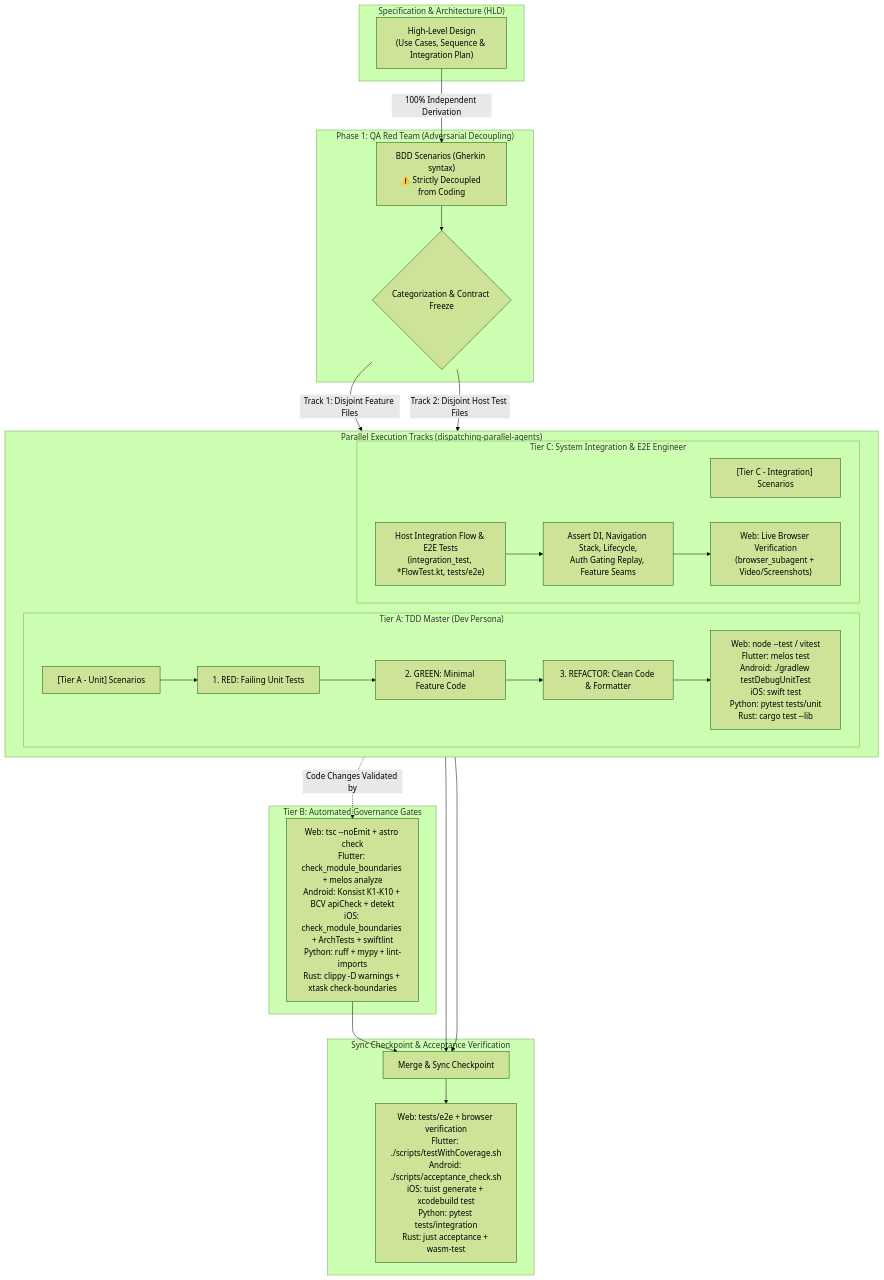
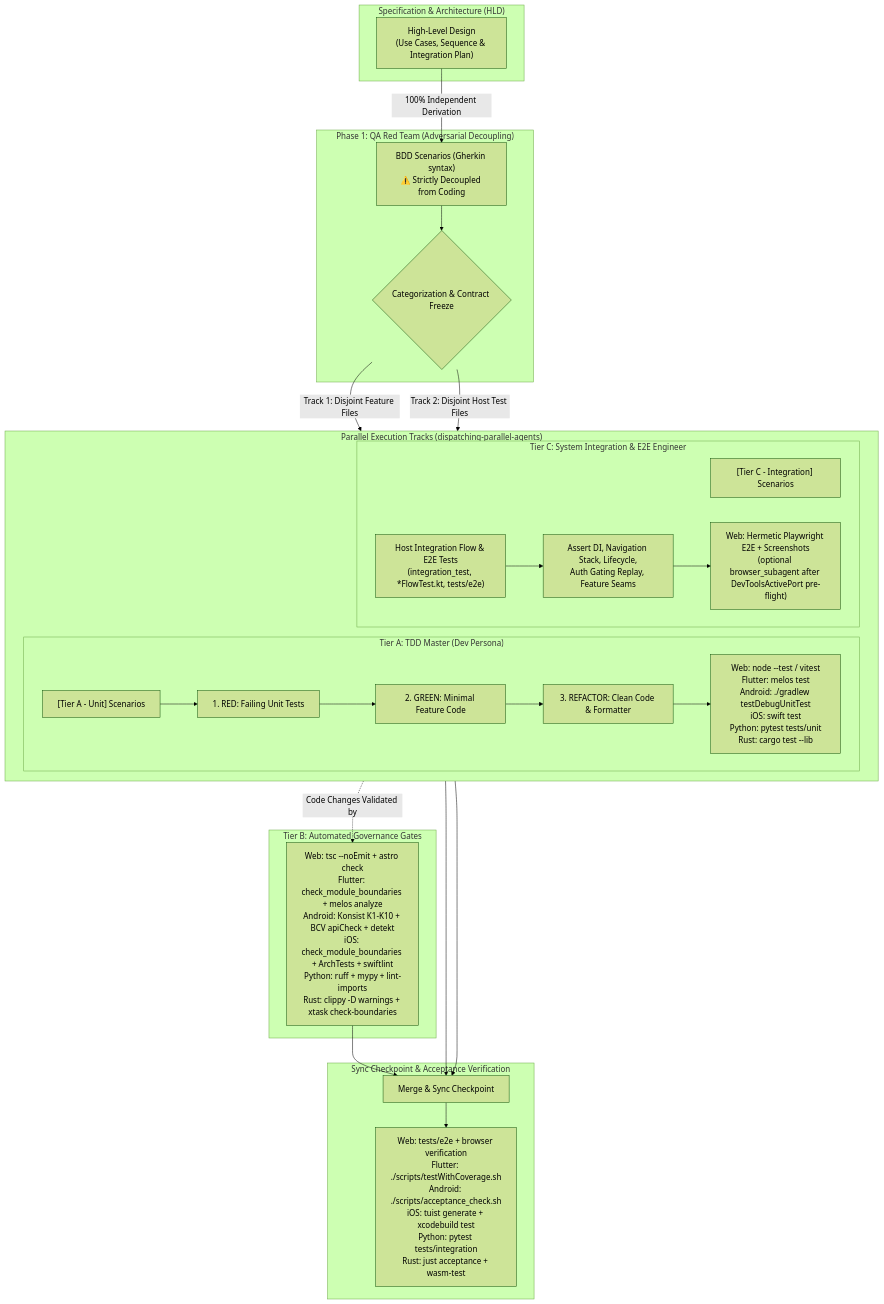
One commit to DanhDue/ai-agent-tools changed the diagram in skills/dev-designer/references/task-template-examples.md. Above: the diagram before and after it, drawn with Mermaid (forest theme). The commit also changed other lines of this file and 5 other files, not shown here.

First line of the commit message:
[OBSERVER_HARDENING_BATCH2] Standardize hermetic Playwright browser gate and DevToolsActivePort pre-flight

````diff
--- a/skills/dev-designer/references/task-template-examples.md
+++ b/skills/dev-designer/references/task-template-examples.md
@@ -116,52 +116,52 @@
 ```mermaid
 flowchart TD
     subgraph SPEC["Specification & Architecture (HLD)"]
         HLD["High-Level Design<br/>(Use Cases, Sequence & Integration Plan)"]
     end
 
     subgraph PHASE1["Phase 1: QA Red Team (Adversarial Decoupling)"]
         BDD["BDD Scenarios (Gherkin syntax)<br/>⚠️ Strictly Decoupled from Coding"]
         TAG{"Categorization & Contract Freeze"}
     end
 
     subgraph PARALLEL["Parallel Execution Tracks (dispatching-parallel-agents)"]
         direction LR
         subgraph TIER_A["Tier A: TDD Master (Dev Persona)"]
             UNIT_SCENARIOS["[Tier A - Unit] Scenarios"]
             RED["1. RED: Failing Unit Tests"]
             GREEN["2. GREEN: Minimal Feature Code"]
             REFACTOR["3. REFACTOR: Clean Code & Formatter"]
             VERIFY_A["Web: node --test / vitest<br/>Flutter: melos test<br/>Android: ./gradlew testDebugUnitTest<br/>iOS: swift test<br/>Python: pytest tests/unit<br/>Rust: cargo test --lib"]
         end
 
         subgraph TIER_C["Tier C: System Integration & E2E Engineer"]
             FLOW_SCENARIOS["[Tier C - Integration] Scenarios"]
             FLOW_TESTS["Host Integration Flow & E2E Tests<br/>(integration_test, *FlowTest.kt, tests/e2e)"]
             SYS_ASSERT["Assert DI, Navigation Stack, Lifecycle,<br/>Auth Gating Replay, Feature Seams"]
-            BROWSER_VERIFY["Web: Live Browser Verification<br/>(browser_subagent + Video/Screenshots)"]
+            BROWSER_VERIFY["Web: Hermetic Playwright E2E + Screenshots<br/>(optional browser_subagent after DevToolsActivePort pre-flight)"]
             FLOW_TESTS --> SYS_ASSERT --> BROWSER_VERIFY
         end
     end
 
     subgraph TIER_B["Tier B: Automated Governance Gates"]
         GATE["Web: tsc --noEmit + astro check<br/>Flutter: check_module_boundaries + melos analyze<br/>Android: Konsist K1-K10 + BCV apiCheck + detekt<br/>iOS: check_module_boundaries + ArchTests + swiftlint<br/>Python: ruff + mypy + lint-imports<br/>Rust: clippy -D warnings + xtask check-boundaries"]
     end
 
     subgraph SYNC["Sync Checkpoint & Acceptance Verification"]
         MERGE["Merge & Sync Checkpoint"]
         VERIFY_C["Web: tests/e2e + browser verification<br/>Flutter: ./scripts/testWithCoverage.sh<br/>Android: ./scripts/acceptance_check.sh<br/>iOS: tuist generate + xcodebuild test<br/>Python: pytest tests/integration<br/>Rust: just acceptance + wasm-test"]
     end
 
     HLD -->|100% Independent Derivation| BDD
     BDD --> TAG
     TAG -->|Track 1: Disjoint Feature Files| UNIT_SCENARIOS
     TAG -->|Track 2: Disjoint Host Test Files| FLOW_SCENARIOS
 
     UNIT_SCENARIOS --> RED --> GREEN --> REFACTOR --> VERIFY_A
     REFACTOR -.->|Code Changes Validated by| GATE
 
     VERIFY_A --> MERGE
     BROWSER_VERIFY --> MERGE
     GATE --> MERGE
     MERGE --> VERIFY_C
 ```
````
